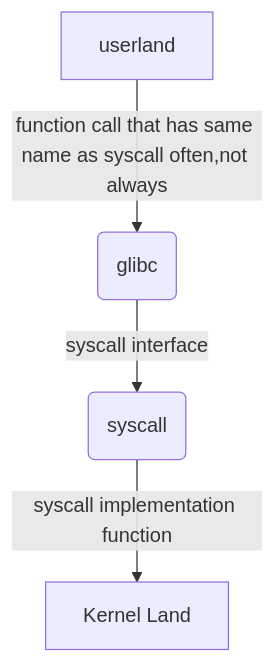
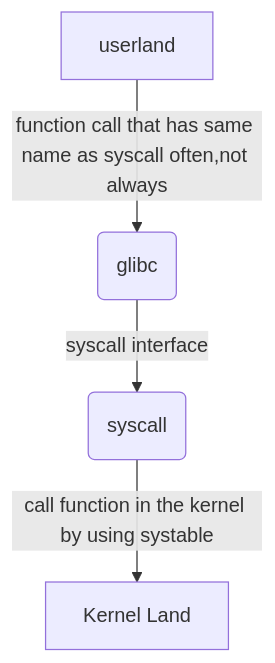
The first of 2 diagrams in M1_S2/SYSCALL.md (Reemaa828/Linux_11_5), drawn with Mermaid before and after one commit.

````diff
--- a/M1_S2/SYSCALL.md
+++ b/M1_S2/SYSCALL.md
@@ -13,7 +13,7 @@
 ```mermaid
 graph TD;
     A[userland] --> |function call that has same name as syscall often,not always| B(glibc)
     B --> |syscall interface| C(syscall)
-    C --> |syscall implementation function| D[Kernel Land]
+    C --> |call function in the kernel by using systable| D[Kernel Land]
 
 ```
````
